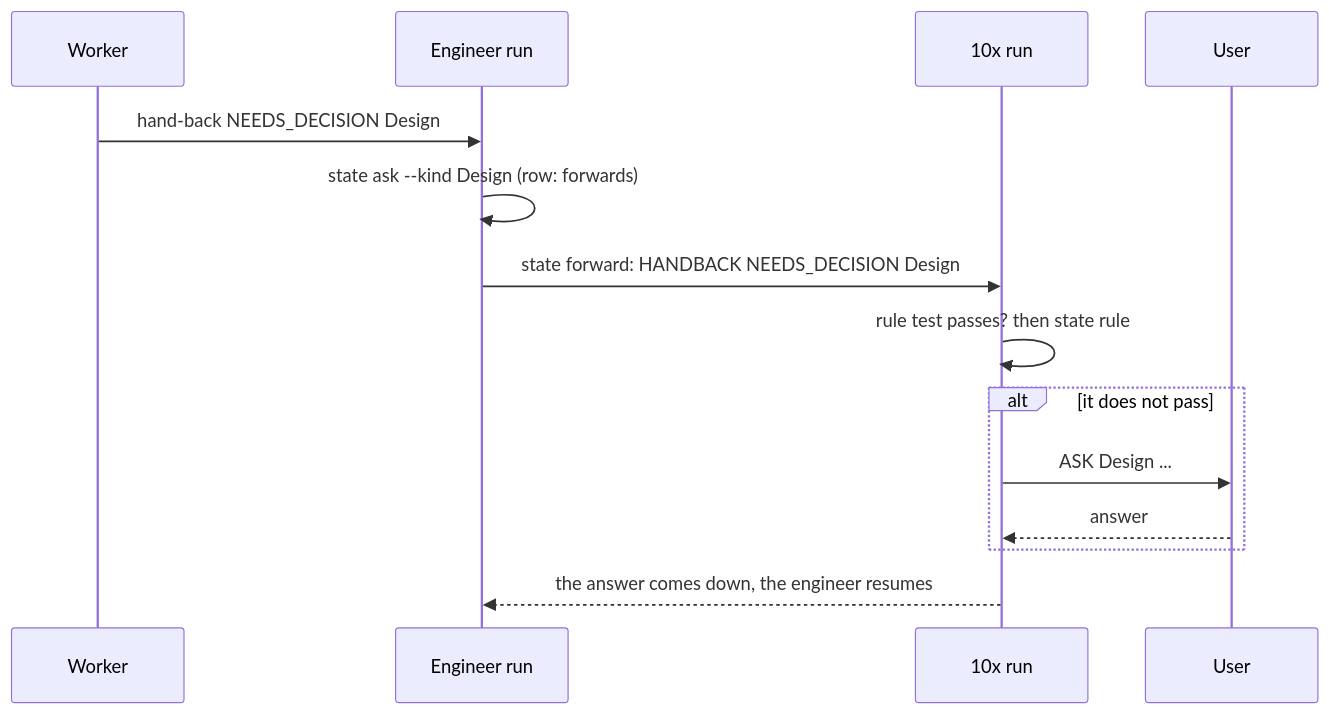
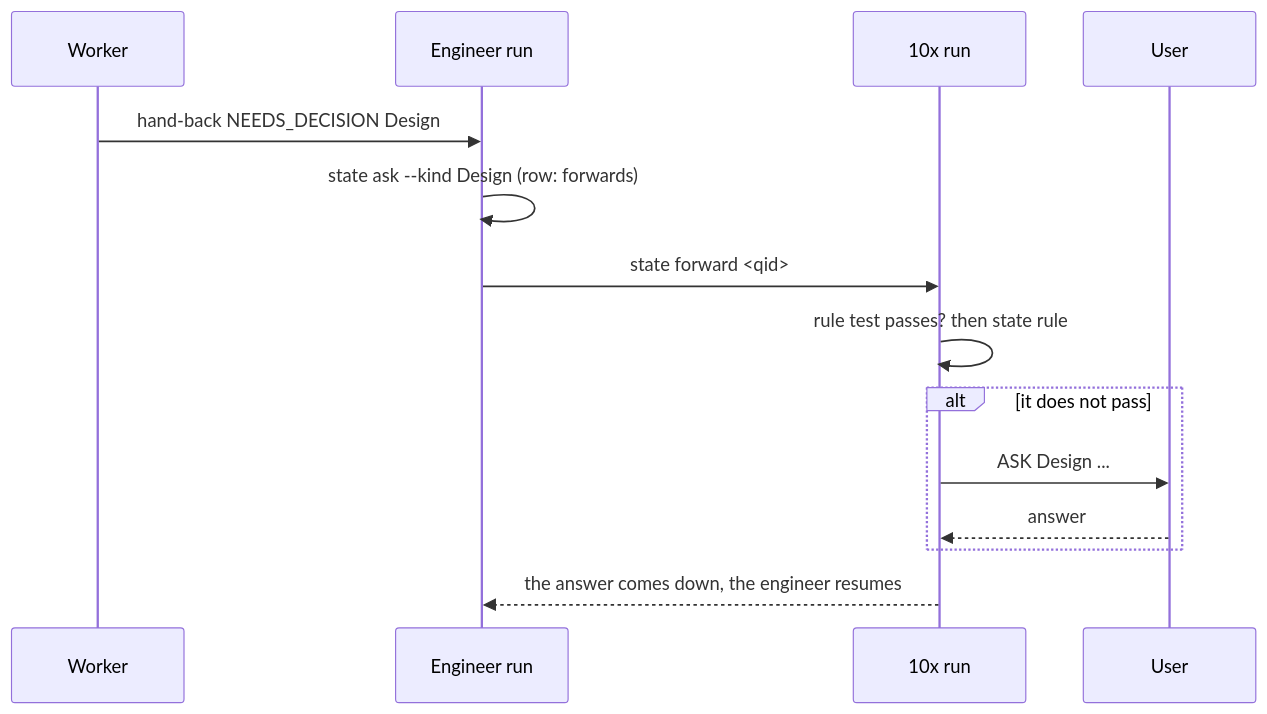
The second of 2 diagrams in docs/harness/GUARDRAILS.md (ILIYANGERMANOV/nixos), drawn with Mermaid before and after one commit. The commit also changed other lines of this file and 27 other files, not shown here.

````diff
--- a/docs/harness/GUARDRAILS.md
+++ b/docs/harness/GUARDRAILS.md
@@ -96,16 +147,16 @@
 ```mermaid
 sequenceDiagram
   participant W as Worker
   participant E as Engineer run
   participant X as 10x run
   participant U as User
   W->>E: hand-back NEEDS_DECISION Design
   E->>E: state ask --kind Design (row: forwards)
-  E->>X: state forward: HANDBACK NEEDS_DECISION Design
+  E->>X: state forward <qid>
   X->>X: rule test passes? then state rule
   alt it does not pass
     X->>U: ASK Design ...
     U-->>X: answer
   end
   X-->>E: the answer comes down, the engineer resumes
 ```
````
